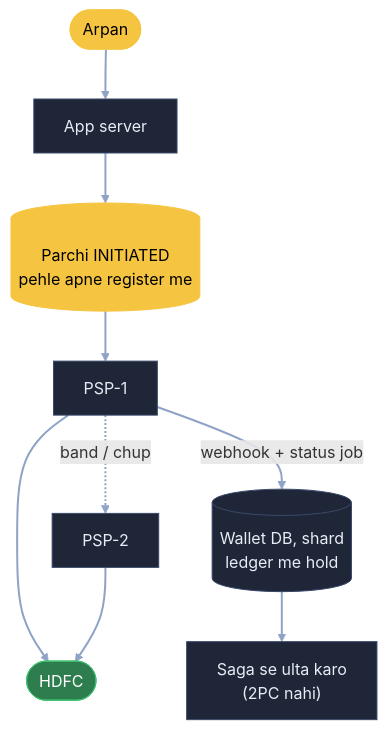
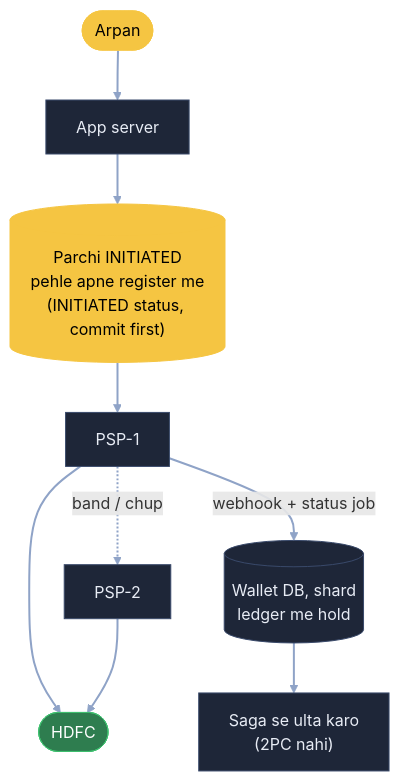
Before and after one commit to ArpanMaheshwari144/Prep: diagram 12 of 12 in 04_HLD/SYSTEM_DESIGNS/06_payment_system/06_payment_system.md, drawn with Mermaid. The commit also changed other lines of this file and 20 other files, not shown here.

Commit message:
HLD main files: diagram me kahani shabd + bracket me asli naam (21 design, 182 label)

````diff
--- a/04_HLD/SYSTEM_DESIGNS/06_payment_system/06_payment_system.md
+++ b/04_HLD/SYSTEM_DESIGNS/06_payment_system/06_payment_system.md
@@ -457,16 +457,16 @@
 ```mermaid
 flowchart TB
     A(["Arpan"]):::pill --> S["App server"]:::card
-    S --> I[("Parchi INITIATED<br/>pehle apne register me")]:::pill
+    S --> I[("Parchi INITIATED<br/>pehle apne register me<br/>(INITIATED status, commit first)")]:::pill
     I --> P1["PSP-1"]:::card
     P1 -. "band / chup" .-> P2["PSP-2"]:::card
     P1 --> B(["HDFC"]):::good
     P2 --> B
     P1 -- "webhook + status job" --> W[("Wallet DB, shard<br/>ledger me hold")]:::card
     W --> SG["Saga se ulta karo<br/>(2PC nahi)"]:::card
     linkStyle default stroke:#8fa3c7,stroke-width:2px
     classDef card fill:#1e2638,stroke:#3a4a6b,color:#e8ecf5
     classDef pill fill:#f5c542,stroke:#f5c542,color:#000
     classDef good fill:#2e7d4f,stroke:#3fbf6f,color:#fff
     classDef bad fill:#5c1f24,stroke:#e05561,color:#fff
 ```
````
